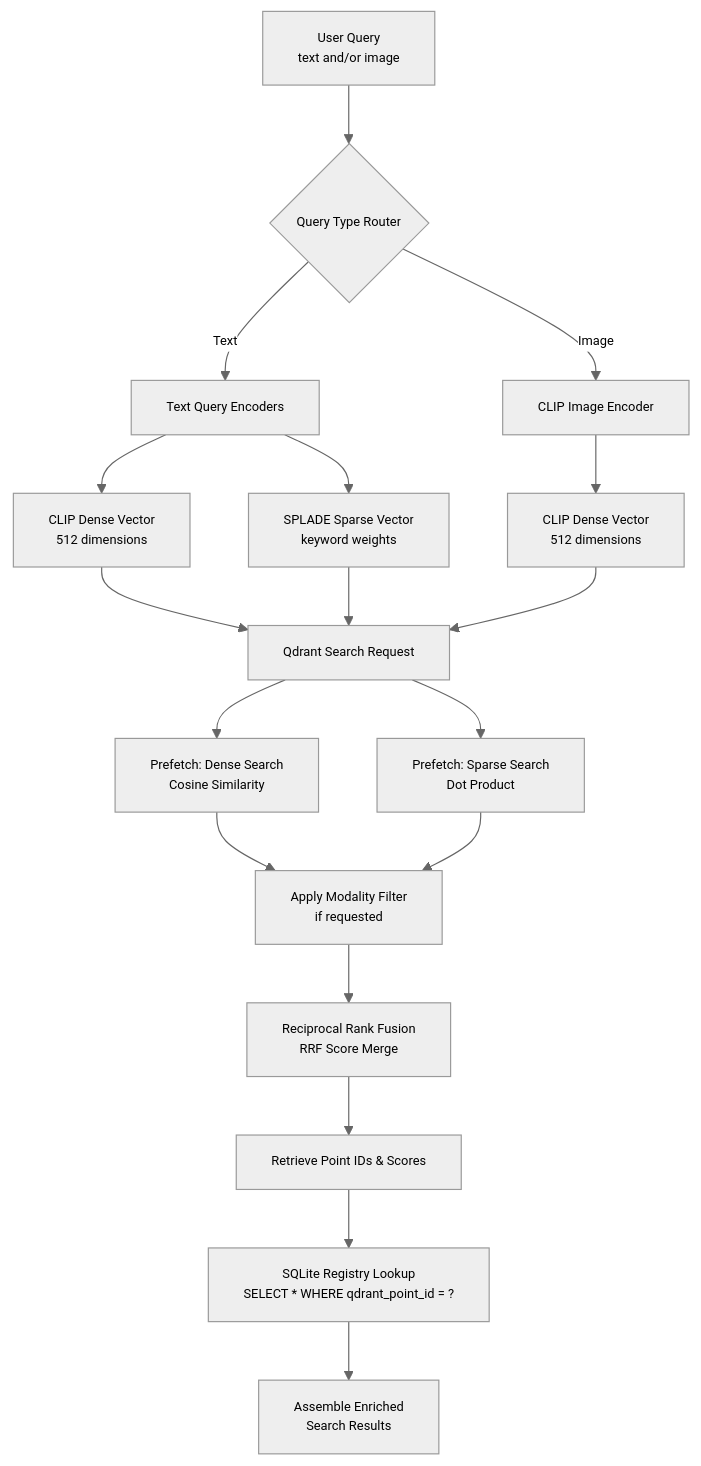
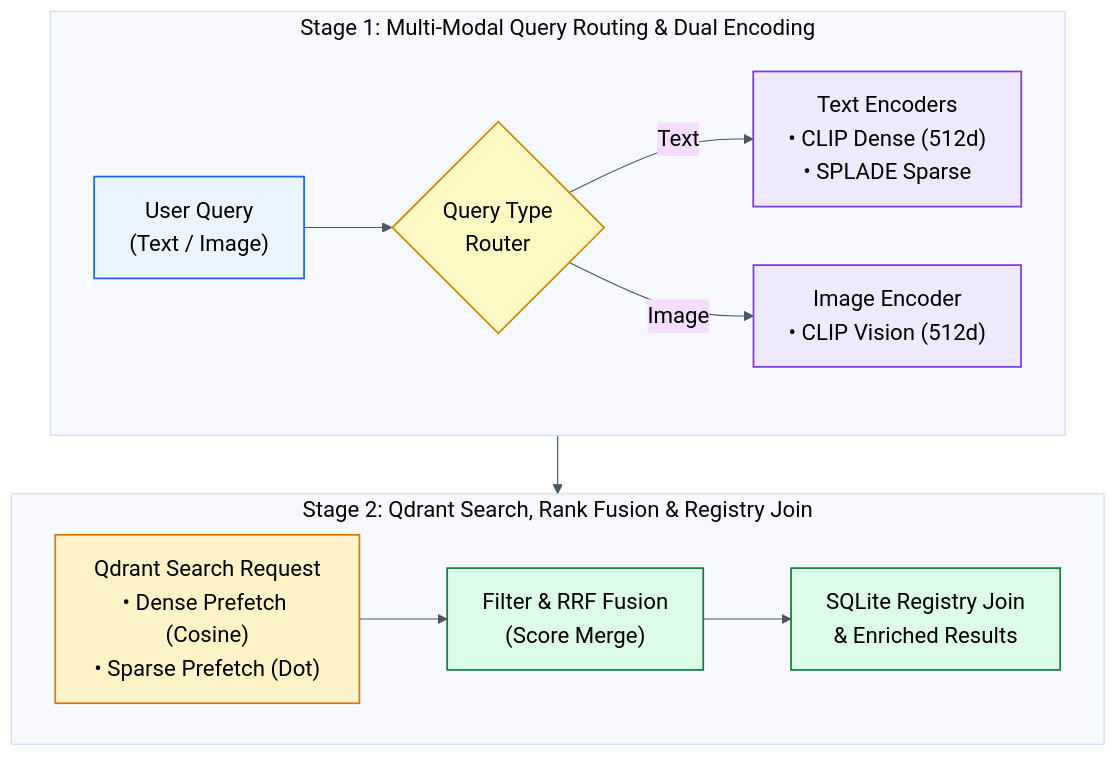
The second of 5 diagrams in workflow/pipeline_flow.md (the-write-path-code/ch06-multimodal-perception), drawn with Mermaid before and after one commit. The commit also changed 1 other file, not shown here.

Commit message:
Optimize workflow diagrams for Wiley-IEEE production standards

````diff
--- a/workflow/pipeline_flow.md
+++ b/workflow/pipeline_flow.md
@@ -76,36 +76,32 @@
 ```mermaid
-%%{init: {"theme": "neutral", "themeVariables": {"fontFamily": "Arial, Helvetica, sans-serif", "fontSize": "11px", "actorFontSize": "11px", "noteFontSize": "10px", "messageFontSize": "10px"}}}%%
-graph TD
-    %% Query Inputs
-    UserQuery["User Query<br/>text and/or image"] --> QueryDispatcher{"Query Type Router"}
-    
-    %% Text route
-    QueryDispatcher -->|Text| TextEncoder["Text Query Encoders"]
-    TextEncoder --> DenseText["CLIP Dense Vector<br/>512 dimensions"]
-    TextEncoder --> SparseText["SPLADE Sparse Vector<br/>keyword weights"]
-    
-    %% Image route
-    QueryDispatcher -->|Image| ImageEncoder["CLIP Image Encoder"]
-    ImageEncoder --> DenseImage["CLIP Dense Vector<br/>512 dimensions"]
-    
-    %% Qdrant Query
-    DenseText & SparseText & DenseImage --> QdrantSearch["Qdrant Search Request"]
-    
-    %% Fusion and Filtering
-    QdrantSearch --> PrefetchDense["Prefetch: Dense Search<br/>Cosine Similarity"]
-    QdrantSearch --> PrefetchSparse["Prefetch: Sparse Search<br/>Dot Product"]
-    
-    %% Modality filtering
-    PrefetchDense & PrefetchSparse --> FilterModality["Apply Modality Filter<br/>if requested"]
-    
-    %% Fusion
-    FilterModality --> RRFFusion["Reciprocal Rank Fusion<br/>RRF Score Merge"]
-    
-    %% Registry join
-    RRFFusion --> MatchPoints["Retrieve Point IDs & Scores"]
-    MatchPoints --> RegistryLookup["SQLite Registry Lookup<br/>SELECT * WHERE qdrant_point_id = ?"]
-    
-    %% Enriched results
-    RegistryLookup --> JoinOutput["Assemble Enriched<br/>Search Results"]
+%%{init: {"theme": "base", "themeVariables": {"fontFamily": "Arial, Helvetica, sans-serif", "fontSize": "19px", "primaryTextColor": "#000000", "lineColor": "#4B5563"}}}%%
+flowchart TD
+    subgraph Tier1 ["Stage 1: Multi-Modal Query Routing & Dual Encoding"]
+        direction LR
+        UQ["User Query<br/>(Text / Image)"] --> ROUTE{"Query Type<br/>Router"}
+        ROUTE -->|"Text"| ENC_T["Text Encoders<br/>• CLIP Dense (512d)<br/>• SPLADE Sparse"]
+        ROUTE -->|"Image"| ENC_I["Image Encoder<br/>• CLIP Vision (512d)"]
+    end
 
+    subgraph Tier2 ["Stage 2: Qdrant Search, Rank Fusion & Registry Join"]
+        direction LR
+        QDRANT["Qdrant Search Request<br/>• Dense Prefetch (Cosine)<br/>• Sparse Prefetch (Dot)"]
+        FILTER["Filter & RRF Fusion<br/>(Score Merge)"]
+        JOIN["SQLite Registry Join<br/>& Enriched Results"]
+        QDRANT --> FILTER --> JOIN
+    end
+
+    Tier1 --> Tier2
+
+    classDef query fill:#EBF5FF,stroke:#2563EB,color:#000000,stroke-width:1.5px
+    classDef router fill:#FEF9C3,stroke:#CA8A04,color:#000000,stroke-width:1.5px
+    classDef enc fill:#EDE9FE,stroke:#7C3AED,color:#000000,stroke-width:1.5px
+    classDef search fill:#FEF3C7,stroke:#D97706,color:#000000,stroke-width:1.5px
+    classDef fuse fill:#DCFCE7,stroke:#15803D,color:#000000,stroke-width:1.5px
+
+    class UQ query
+    class ROUTE router
+    class ENC_T,ENC_I enc
+    class QDRANT search
+    class FILTER,JOIN fuse
 ```
````
